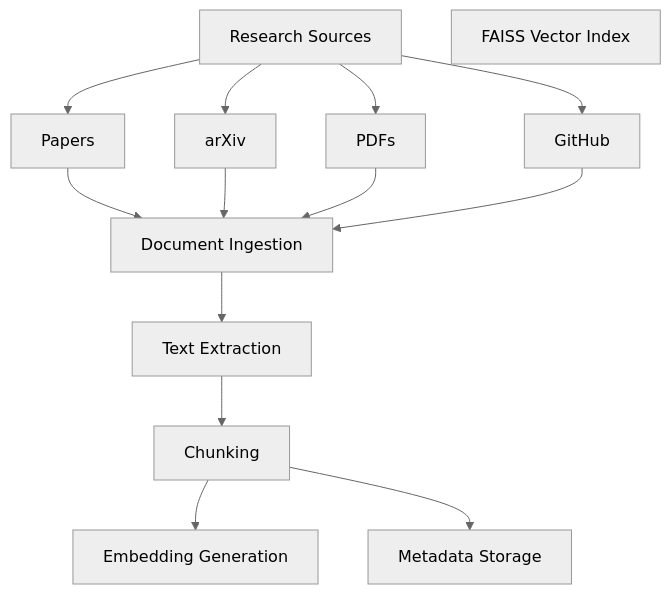
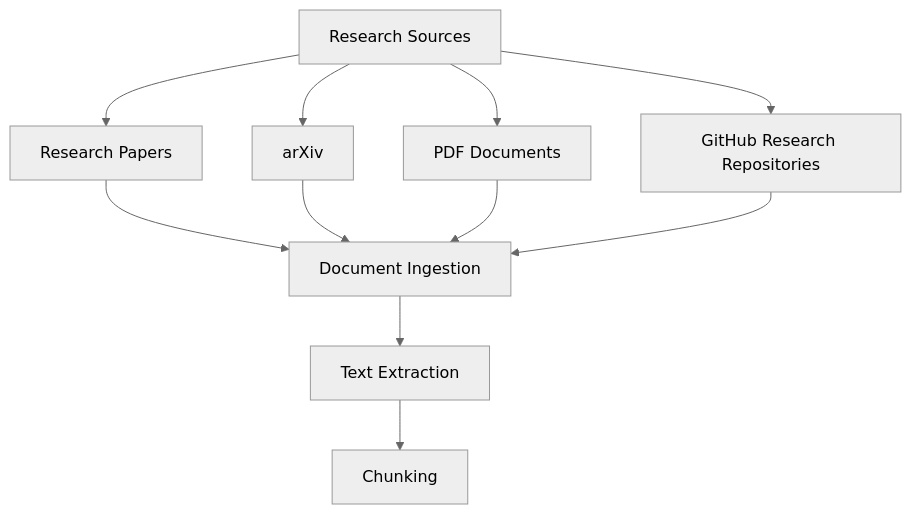
Before and after one commit to garimakumari44/ai_research_assistant: the tenth of 35 diagrams in docs/explore.md, drawn with Mermaid (neutral theme). The commit also changed other lines of this file and 2 other files, not shown here.

Commit message:
docs: update AI Research Assistant README

````diff
--- a/docs/explore.md
+++ b/docs/explore.md
@@ -360,38 +312,26 @@
 ```mermaid
 flowchart TD
+    S["Research Sources"]
 
-    S[Research Sources]
+    P["Research Papers"]
+    AX["arXiv"]
+    PDF["PDF Documents"]
+    GH["GitHub Research Repositories"]
 
-    P[Papers]
-    AX[arXiv]
-    PDF[PDFs]
-    GH[GitHub]
-
-    I[Document Ingestion]
-
-    T[Text Extraction]
-
-    C[Chunking]
-
-    EG[Embedding Generation]
-
-    FI[FAISS Vector Index]
-
-    MS[Metadata Storage]
+    I["Document Ingestion"]
+    T["Text Extraction"]
+    C["Chunking"]
 
     S --> P
     S --> AX
     S --> PDF
     S --> GH
 
     P --> I
     AX --> I
     PDF --> I
     GH --> I
 
     I --> T
     T --> C
-
-    C --> EG
-    C --> MS
 ```
````
